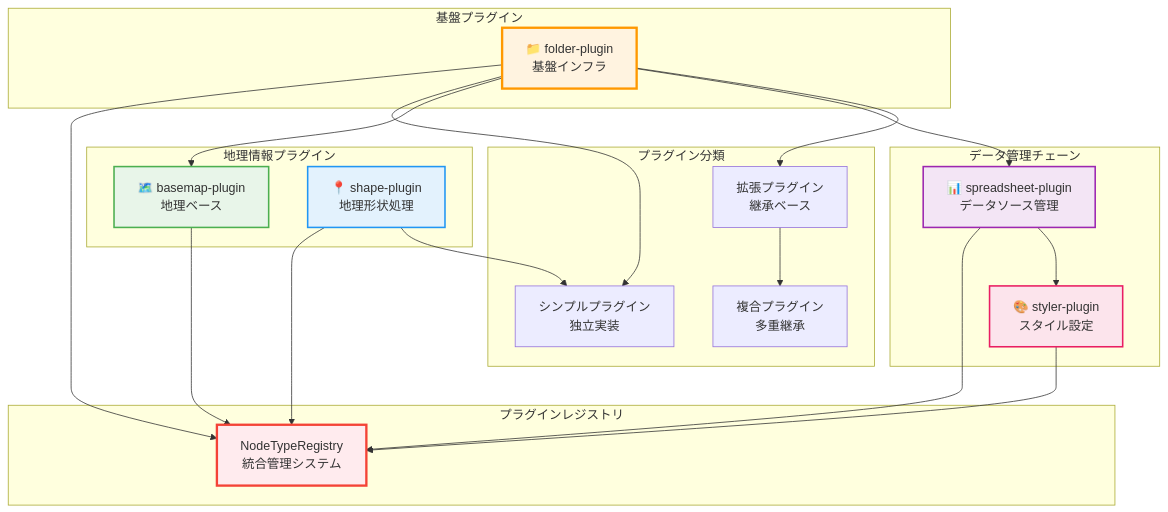
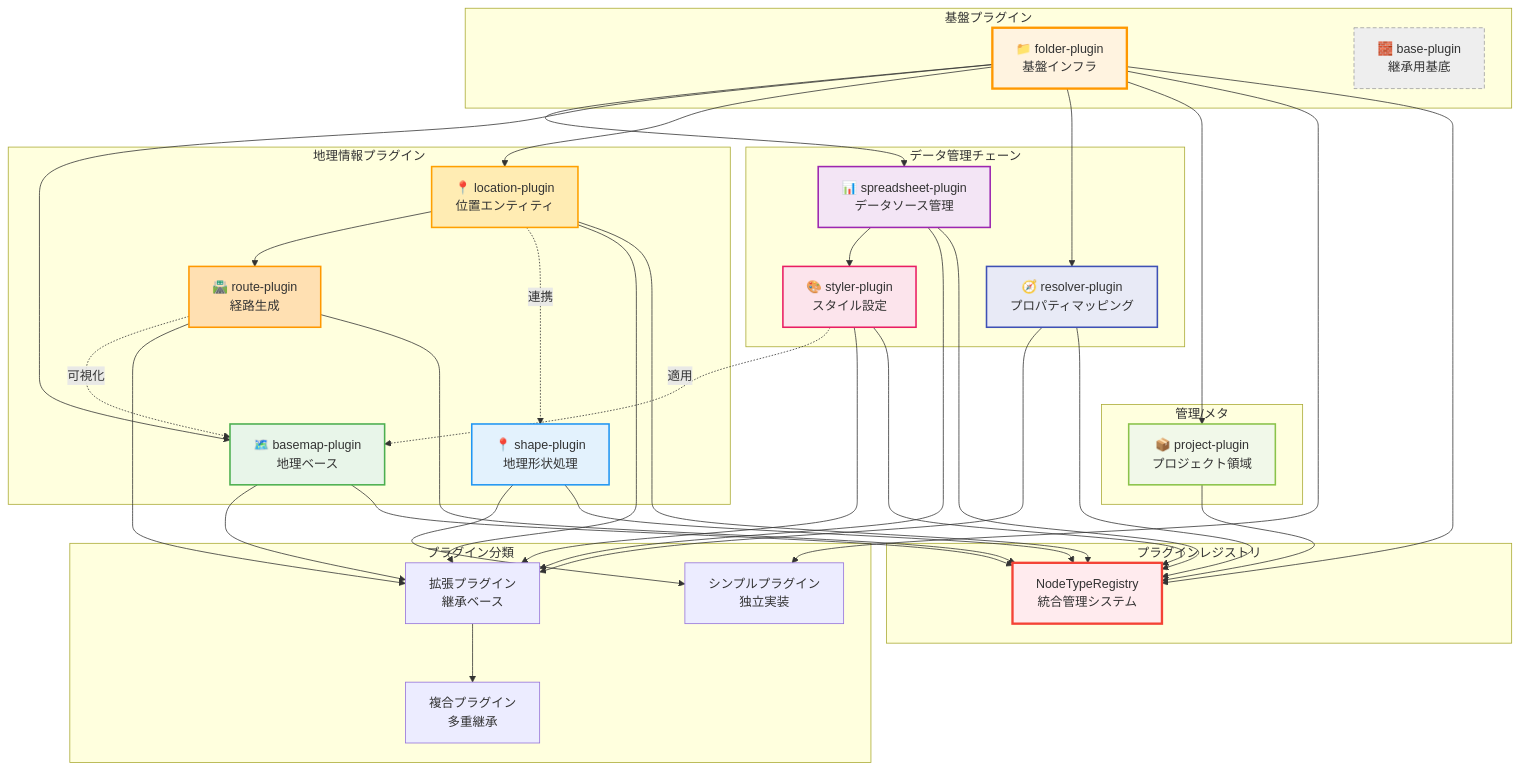
The first of 2 diagrams in packages/node-type/README.md (kubohiroya/hierarchidb), drawn with Mermaid before and after one commit.

Commit message:
docs(node-type): refresh mermaid diagram to include base/location/route/resolver/project and relations

````diff
--- a/packages/node-type/README.md
+++ b/packages/node-type/README.md
@@ -159,49 +159,89 @@
 ```mermaid
 graph TB
+    %% 分類
     subgraph "プラグイン分類"
         SIMPLE[シンプルプラグイン<br/>独立実装]
         EXTENDING[拡張プラグイン<br/>継承ベース]
         COMPLEX[複合プラグイン<br/>多重継承]
     end
-    
+
+    %% 基盤
     subgraph "基盤プラグイン"
         FOLDER[📁 folder-plugin<br/>基盤インフラ]
+        BASE[🧱 base-plugin<br/>継承用基底]
     end
-    
+
+    %% データ管理チェーン
     subgraph "データ管理チェーン"
         SPREADSHEET[📊 spreadsheet-plugin<br/>データソース管理]
         STYLEMAP[🎨 styler-plugin<br/>スタイル設定]
+        RESOLVER[🧭 resolver-plugin<br/>プロパティマッピング]
     end
-    
+
+    %% 地理情報
     subgraph "地理情報プラグイン"
         BASEMAP[🗺️ basemap-plugin<br/>地理ベース]
         SHAPE[📍 shape-plugin<br/>地理形状処理]
+        LOCATION[📍 location-plugin<br/>位置エンティティ]
+        ROUTE[🛣️ route-plugin<br/>経路生成]
     end
-    
+
+    %% 管理/メタ
+    subgraph "管理/メタ"
+        PROJECT[📦 project-plugin<br/>プロジェクト領域]
+    end
+
+    %% レジストリ
     subgraph "プラグインレジストリ"
         REGISTRY[NodeTypeRegistry<br/>統合管理システム]
     end
-    
-    FOLDER --> EXTENDING
+
+    %% 依存/継承/チェーン（実線: 依存/継承、点線: 連携）
     FOLDER --> SPREADSHEET
+    SPREADSHEET --> STYLEMAP
     FOLDER --> BASEMAP
-    SPREADSHEET --> STYLEMAP
-    
+    FOLDER --> LOCATION
+    LOCATION --> ROUTE
+    FOLDER --> RESOLVER
+    FOLDER --> PROJECT
+
+    %% 参考連携（点線）
+    LOCATION -. 連携 .-> SHAPE
+    ROUTE -. 可視化 .-> BASEMAP
+    STYLEMAP -. 適用 .-> BASEMAP
+
+    %% 分類へのマッピング（概念）
     SHAPE --> SIMPLE
     FOLDER --> SIMPLE
-    
+    SPREADSHEET --> EXTENDING
+    STYLEMAP --> EXTENDING
+    BASEMAP --> EXTENDING
+    LOCATION --> EXTENDING
+    ROUTE --> EXTENDING
+    RESOLVER --> EXTENDING
+    EXTENDING --> COMPLEX
+
+    %% レジストリ登録
     FOLDER --> REGISTRY
     SPREADSHEET --> REGISTRY
     STYLEMAP --> REGISTRY
     BASEMAP --> REGISTRY
     SHAPE --> REGISTRY
-    
-    EXTENDING --> COMPLEX
-    
+    LOCATION --> REGISTRY
+    ROUTE --> REGISTRY
+    RESOLVER --> REGISTRY
+    PROJECT --> REGISTRY
+
+    %% スタイル
     style FOLDER fill:#fff3e0,stroke:#ff9800,stroke-width:3px
+    style BASE fill:#eeeeee,stroke:#9e9e9e,stroke-width:1px,stroke-dasharray: 5 3
     style SPREADSHEET fill:#f3e5f5,stroke:#9c27b0,stroke-width:2px
     style STYLEMAP fill:#fce4ec,stroke:#e91e63,stroke-width:2px
+    style RESOLVER fill:#e8eaf6,stroke:#3f51b5,stroke-width:2px
     style BASEMAP fill:#e8f5e9,stroke:#4caf50,stroke-width:2px
     style SHAPE fill:#e3f2fd,stroke:#2196f3,stroke-width:2px
+    style LOCATION fill:#ffecb3,stroke:#ffa000,stroke-width:2px
+    style ROUTE fill:#ffe0b2,stroke:#ff9800,stroke-width:2px
+    style PROJECT fill:#f1f8e9,stroke:#8bc34a,stroke-width:2px
     style REGISTRY fill:#ffebee,stroke:#f44336,stroke-width:3px
 ```
````
